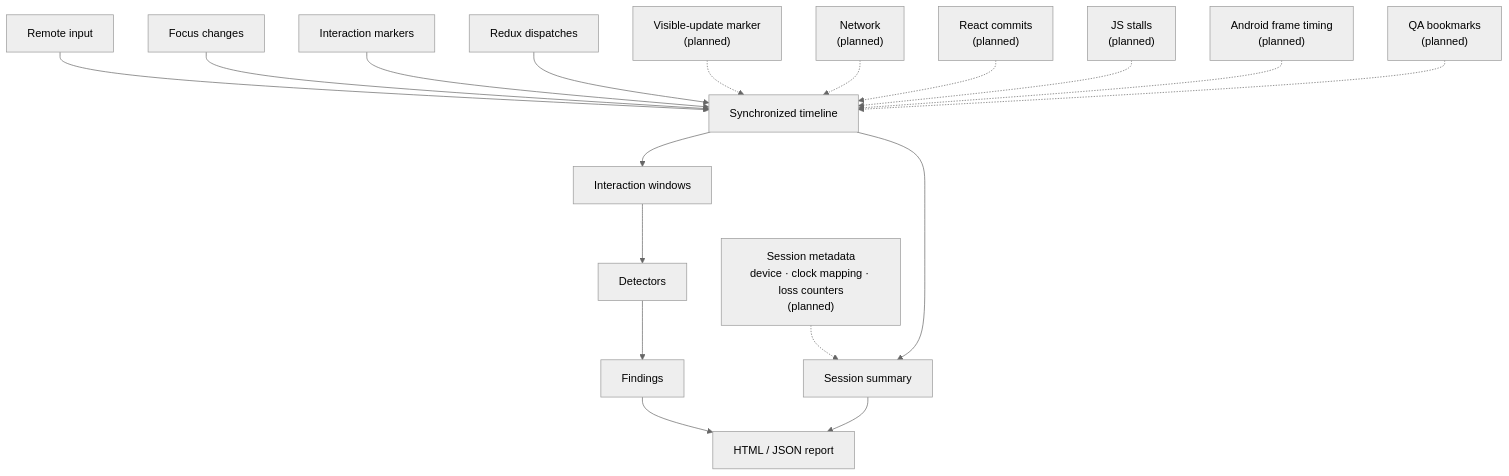
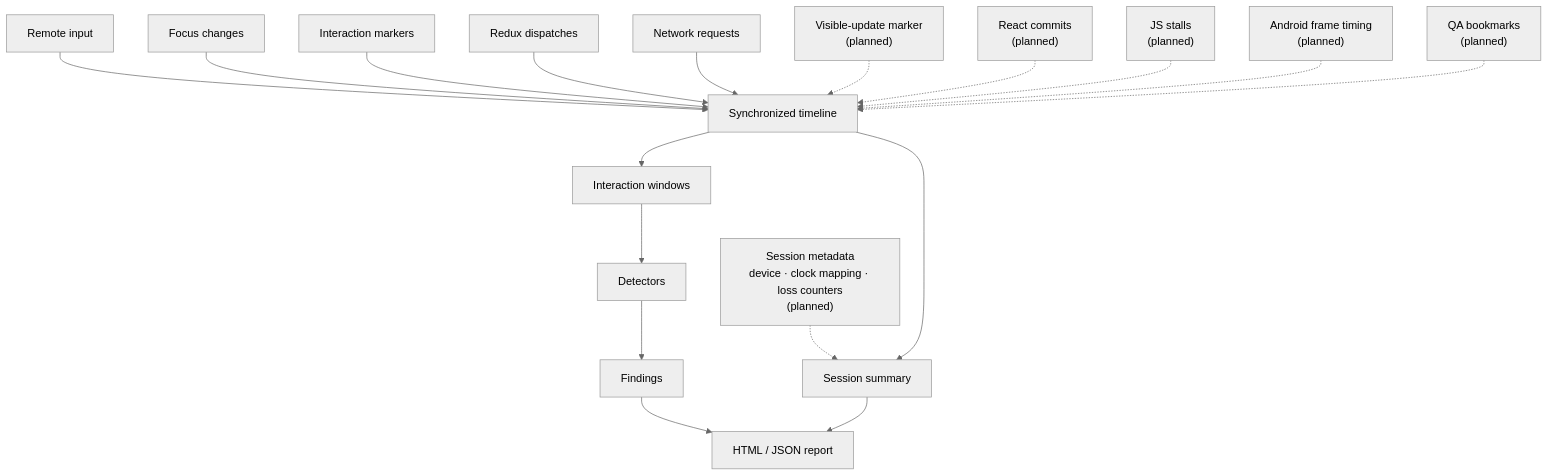
Before and after one commit to undrafted/rn-android-tv-session-telemetry: the diagram in .github/signals.mmd, drawn with Mermaid. The commit also changed 6 other files, not shown here.

```diff
--- a/.github/signals.mmd
+++ b/.github/signals.mmd
@@ -1,20 +1,20 @@
 %%{init: {"theme": "neutral"}}%%
 flowchart TD
     RemoteInput["Remote input"] --> Timeline["Synchronized timeline"]
     Focus["Focus changes"] --> Timeline
     InteractionMarker["Interaction markers"] --> Timeline
     Redux["Redux dispatches"] --> Timeline
+    Network["Network requests"] --> Timeline
     VisibleUpdate["Visible-update marker<br/>(planned)"] -.-> Timeline
-    Network["Network<br/>(planned)"] -.-> Timeline
     ReactCommit["React commits<br/>(planned)"] -.-> Timeline
     JSStall["JS stalls<br/>(planned)"] -.-> Timeline
     FrameTiming["Android frame timing<br/>(planned)"] -.-> Timeline
     Bookmarks["QA bookmarks<br/>(planned)"] -.-> Timeline
     SessionMeta["Session metadata<br/>device · clock mapping · loss counters<br/>(planned)"] -.-> Summary
 
     Timeline --> Windows["Interaction windows"]
     Timeline --> Summary["Session summary"]
     Windows --> Detectors["Detectors"]
     Detectors --> Findings["Findings"]
     Findings --> ReportOut["HTML / JSON report"]
     Summary --> ReportOut
```
